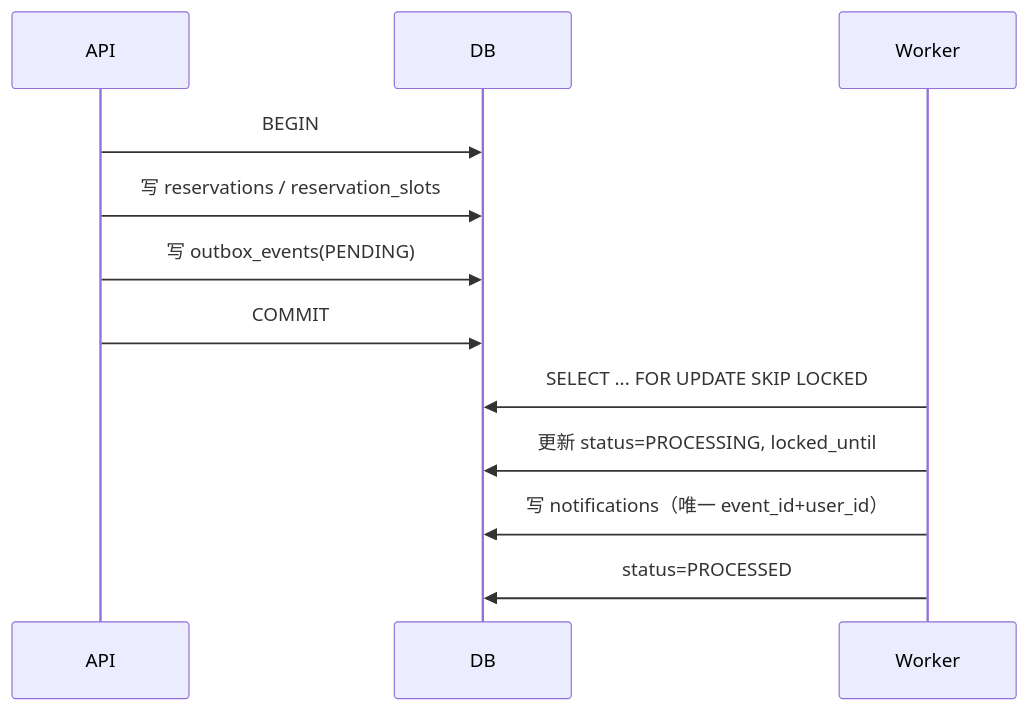
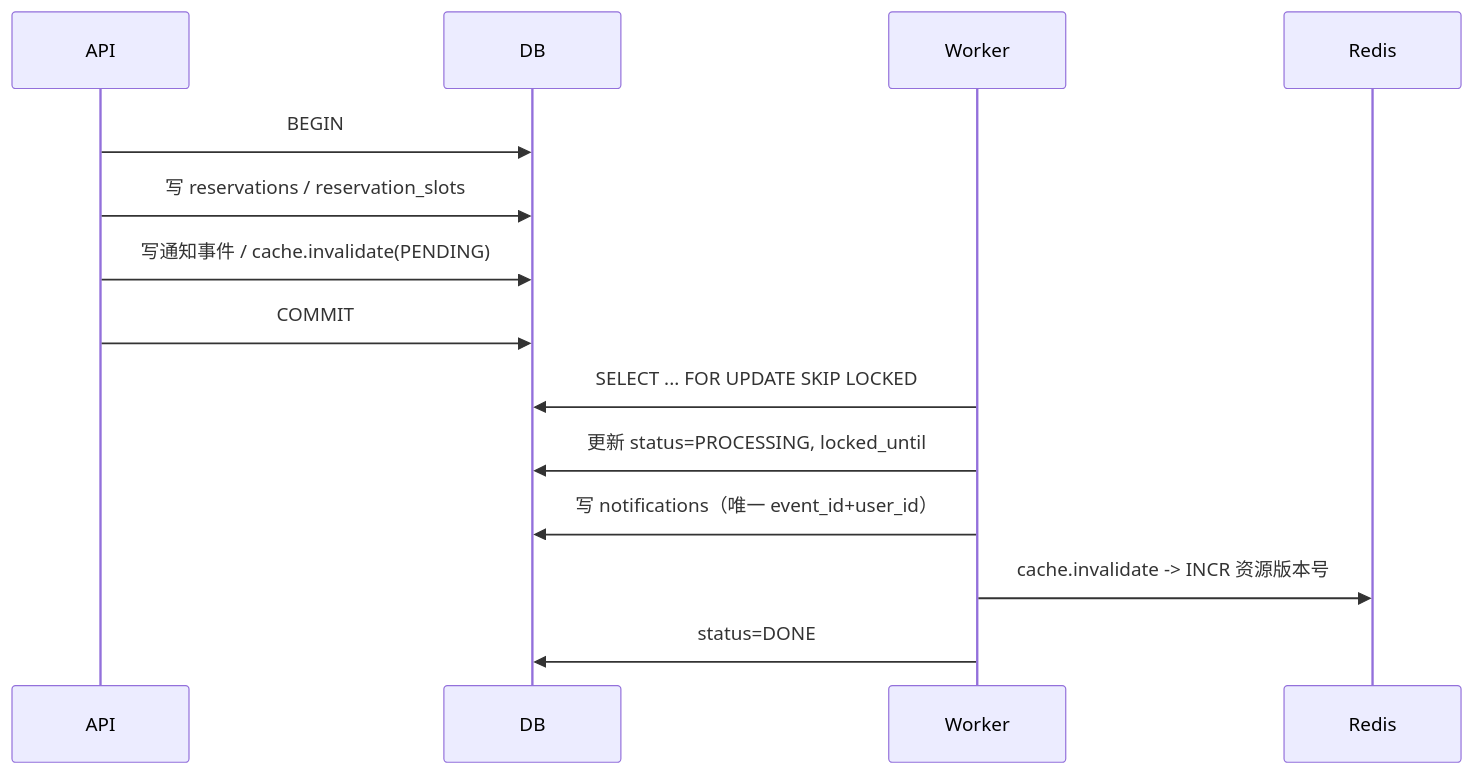
One commit to gufancm/NexaSlot changed the third of 3 diagrams in docs/v2/architecture.md. Above: the diagram before and after it, drawn with Mermaid. The commit also changed other lines of this file and 48 other files, not shown here.

````diff
--- a/docs/v2/architecture.md
+++ b/docs/v2/architecture.md
@@ -110,14 +121,15 @@
 ```mermaid
 sequenceDiagram
     participant API
     participant DB
     participant Worker
     API->>DB: BEGIN
     API->>DB: 写 reservations / reservation_slots
-    API->>DB: 写 outbox_events(PENDING)
+    API->>DB: 写通知事件 / cache.invalidate(PENDING)
     API->>DB: COMMIT
     Worker->>DB: SELECT ... FOR UPDATE SKIP LOCKED
     Worker->>DB: 更新 status=PROCESSING, locked_until
     Worker->>DB: 写 notifications（唯一 event_id+user_id）
-    Worker->>DB: status=PROCESSED
+    Worker->>Redis: cache.invalidate -> INCR 资源版本号
+    Worker->>DB: status=DONE
 ```
````
